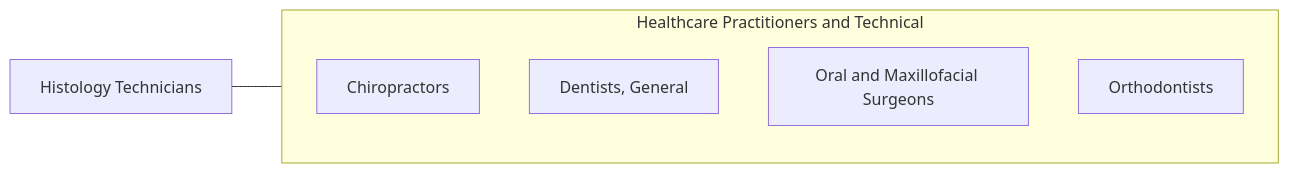
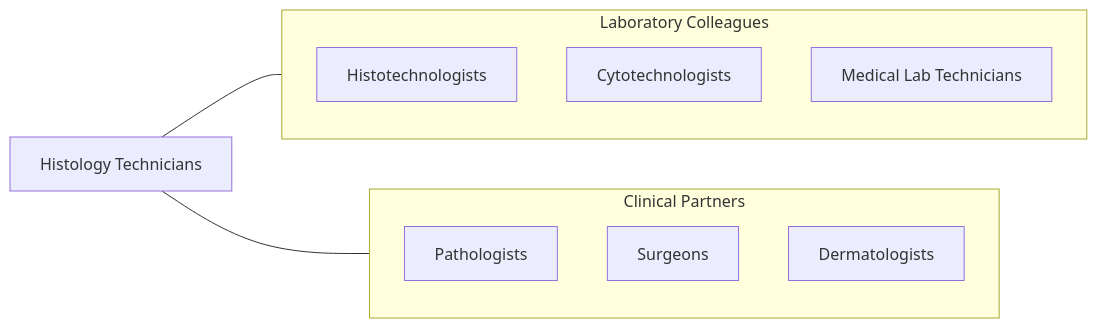
Before and after one commit to kziemski/business.org.ai: the fourth of 4 diagrams in occupations/HealthcarePractitioners/HistologyTechnicians.mdx, drawn with Mermaid. The commit also changed other lines of this file and 938 other files, not shown here.

````diff
--- a/occupations/HealthcarePractitioners/HistologyTechnicians.mdx
+++ b/occupations/HealthcarePractitioners/HistologyTechnicians.mdx
@@ -96,13 +179,19 @@
 ```mermaid
 graph LR
     Current["Histology Technicians"]
 
-    subgraph SameCategory["Healthcare Practitioners and Technical"]
-        Chiropractors["Chiropractors"]
-        DentistsGeneral["Dentists, General"]
-        OralAndMaxillofacial["Oral and Maxillofacial Surgeons"]
-        Orthodontists["Orthodontists"]
+    subgraph LabTeam["Laboratory Colleagues"]
+        Histotechnologists["Histotechnologists"]
+        Cytotechs["Cytotechnologists"]
+        MedLabTechs["Medical Lab Technicians"]
     end
 
-    Current --- SameCategory
+    subgraph Clinical["Clinical Partners"]
+        Pathologists["Pathologists"]
+        Surgeons["Surgeons"]
+        Dermatologists["Dermatologists"]
+    end
+
+    Current --- LabTeam
+    Current --- Clinical
 ```
````
